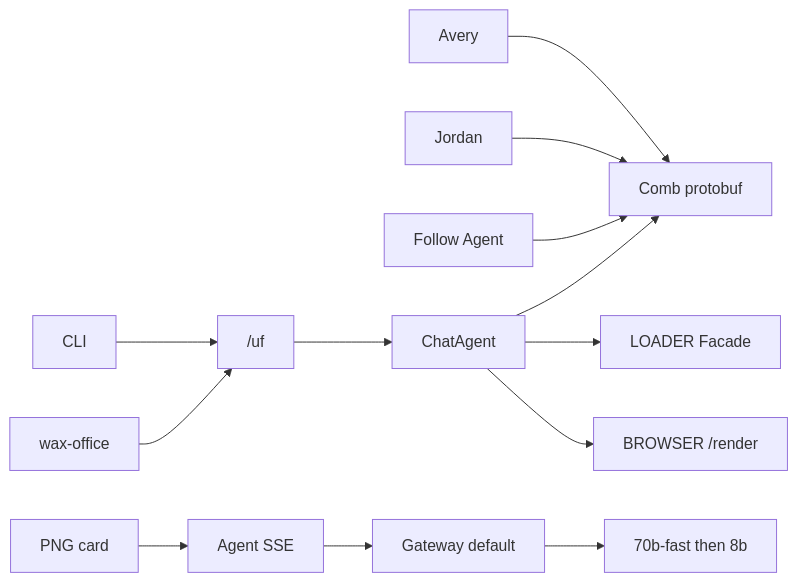
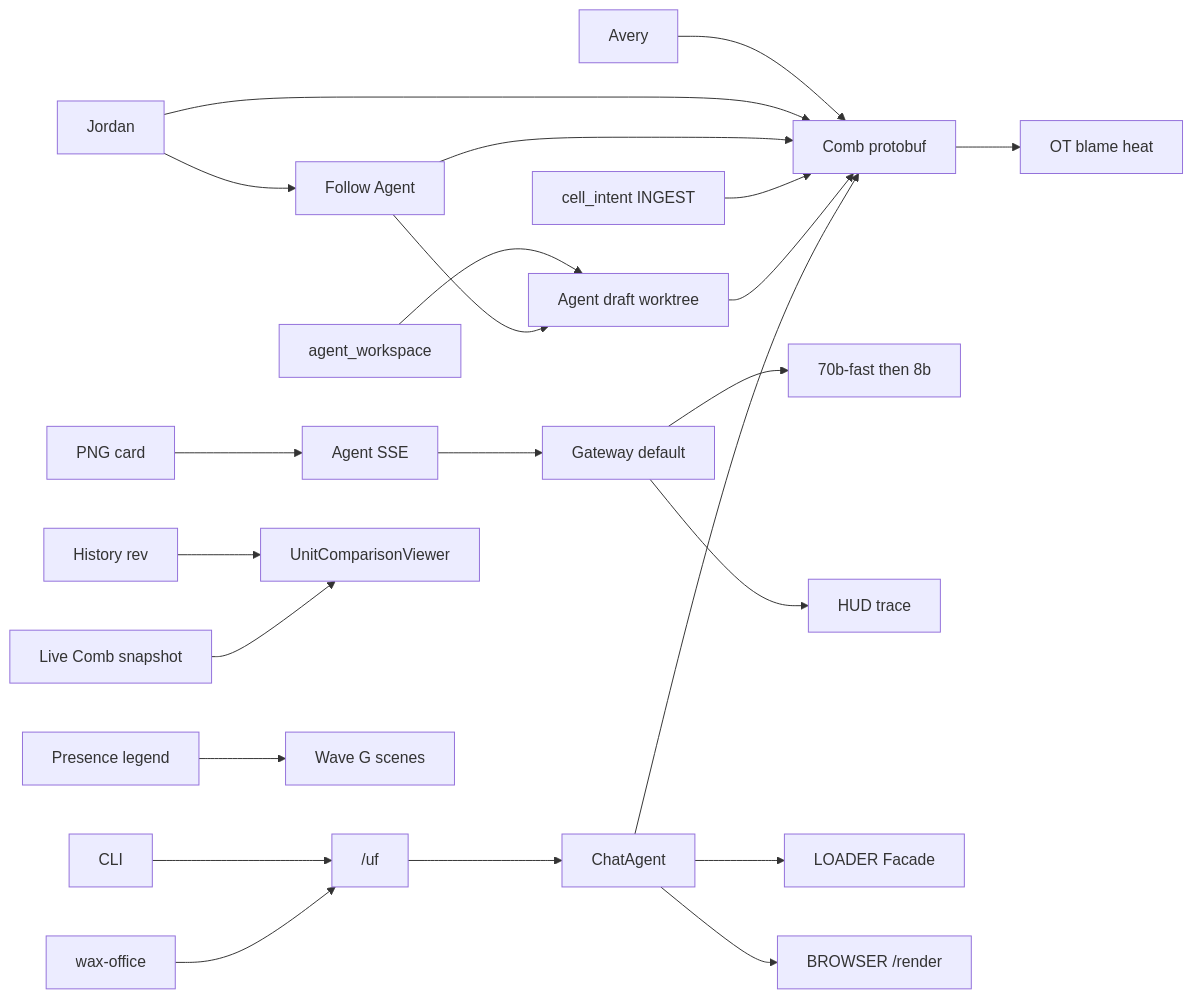
One commit to apis-os/univer-workspace changed the diagram in docs/superpowers/plans/2026-09-11-production-ai-collab-demo.md. Above: the diagram before and after it, drawn with Mermaid. The commit also changed other lines of this file, not shown here.

Commit message:
docs(plan): add Wave G sheet-instrument tasks after T9

````diff
--- a/docs/superpowers/plans/2026-09-11-production-ai-collab-demo.md
+++ b/docs/superpowers/plans/2026-09-11-production-ai-collab-demo.md
@@ -110,15 +137,25 @@
 ```mermaid
 flowchart LR
   Avery[Avery] --> Comb[Comb protobuf]
   Jordan[Jordan] --> Comb
   Follow[Follow Agent] --> Comb
+  Intent[cell_intent INGEST] --> Comb
+  Comb --> Blame[OT blame heat]
+  Agent[agent_workspace] --> Draft[Agent draft worktree]
+  Draft --> Comb
+  Jordan --> Follow
+  Follow --> Draft
   CLI[CLI] --> Uf["/uf"]
   DSH[wax-office] --> Uf
   Panel[Agent SSE] --> Gw["Gateway default"]
   Gw --> Llama["70b-fast then 8b"]
+  Gw --> Trace[HUD trace]
   Uf --> DO[ChatAgent]
   DO --> Comb
   DO --> Loader[LOADER Facade]
   DO --> Br[BROWSER /render]
   Shot[PNG card] --> Panel
+  Hist[History rev] --> Compare[UnitComparisonViewer]
+  Live[Live Comb snapshot] --> Compare
+  Legend[Presence legend] --> Playbook[Wave G scenes]
 ```
````
